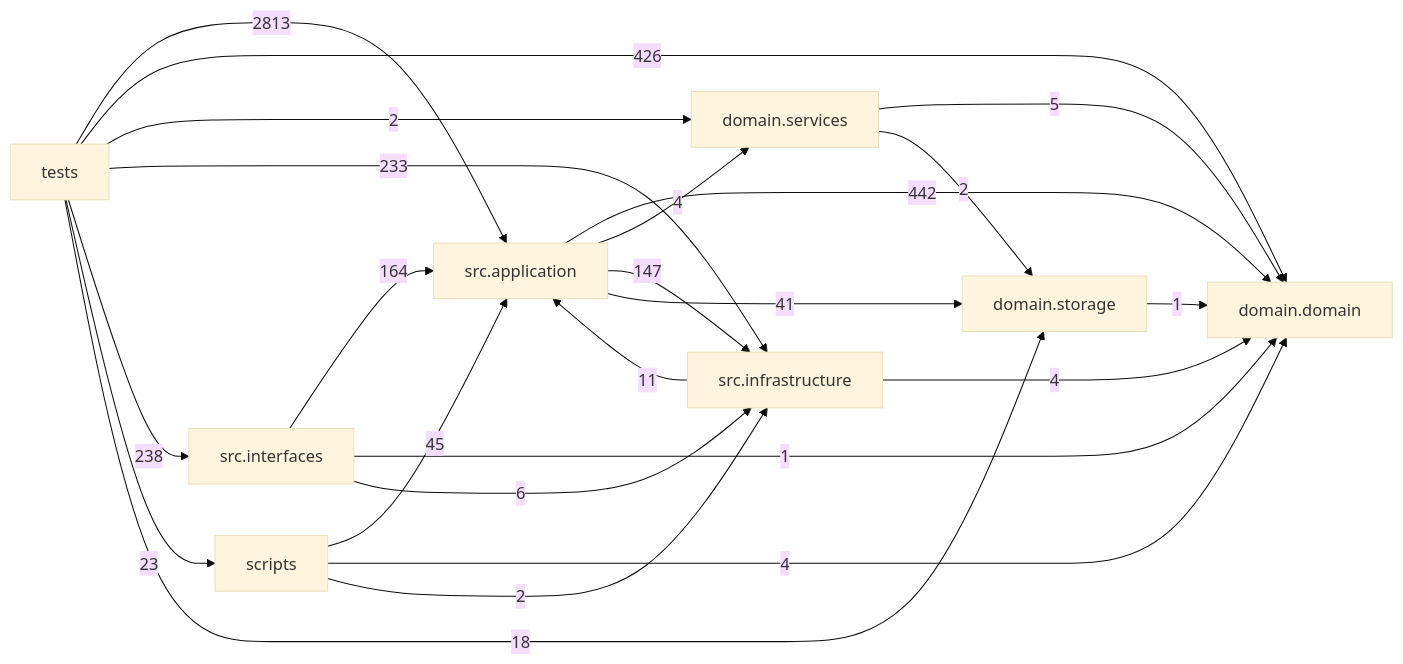
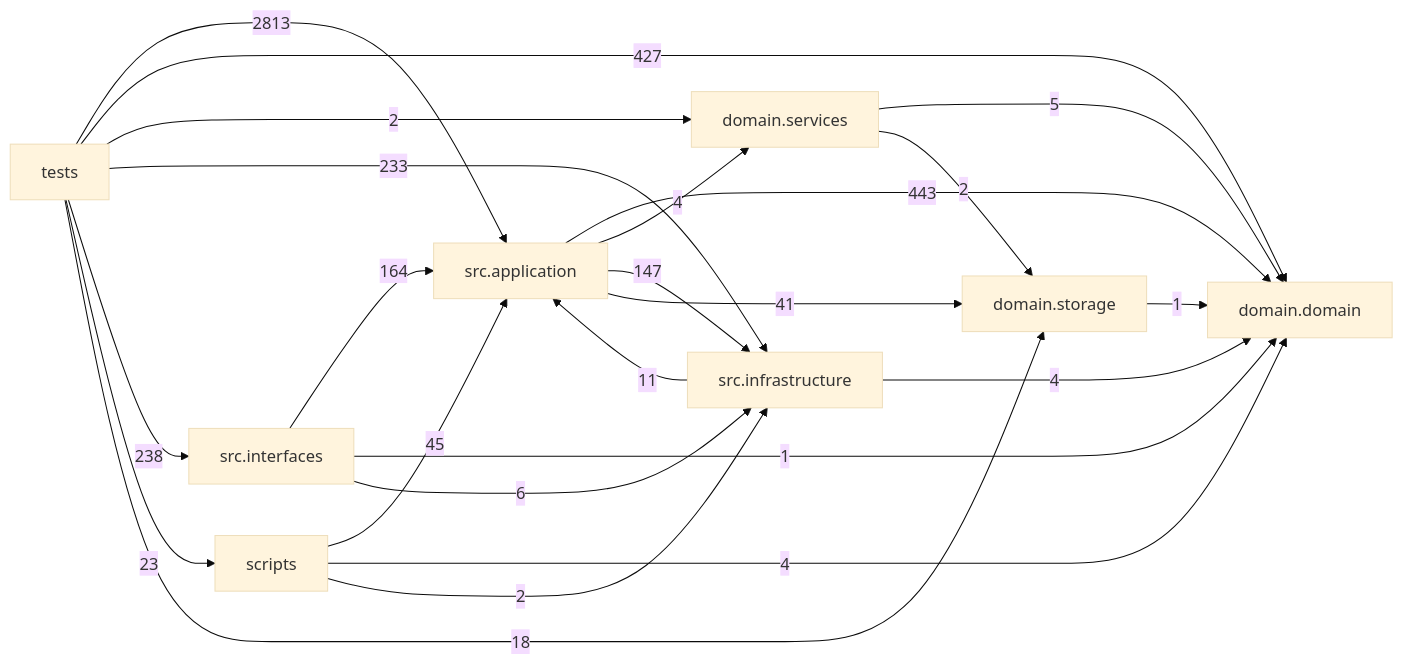
One commit to liuxie066/options-monitor changed the diagram in docs/DEPENDENCY_GRAPH.md. Above: the diagram before and after it, drawn with Mermaid (base theme). The commit also changed other lines of this file and 7 other files, not shown here.

````diff
--- a/docs/DEPENDENCY_GRAPH.md
+++ b/docs/DEPENDENCY_GRAPH.md
@@ -24,33 +24,33 @@
 ```mermaid
 flowchart LR
   tests["tests"]
   scripts["scripts"]
   interfaces["src.interfaces"]
   application["src.application"]
   infrastructure["src.infrastructure"]
   domain_services["domain.services"]
   domain["domain.domain"]
   storage["domain.storage"]
-  application -->|442| domain
+  application -->|443| domain
   application -->|4| domain_services
   application -->|147| infrastructure
   application -->|41| storage
   domain_services -->|5| domain
   domain_services -->|2| storage
   infrastructure -->|11| application
   infrastructure -->|4| domain
   interfaces -->|164| application
   interfaces -->|1| domain
   interfaces -->|6| infrastructure
   scripts -->|45| application
   scripts -->|4| domain
   scripts -->|2| infrastructure
   storage -->|1| domain
   tests -->|2813| application
-  tests -->|426| domain
+  tests -->|427| domain
   tests -->|2| domain_services
   tests -->|233| infrastructure
   tests -->|238| interfaces
   tests -->|23| scripts
   tests -->|18| storage
 ```
````
